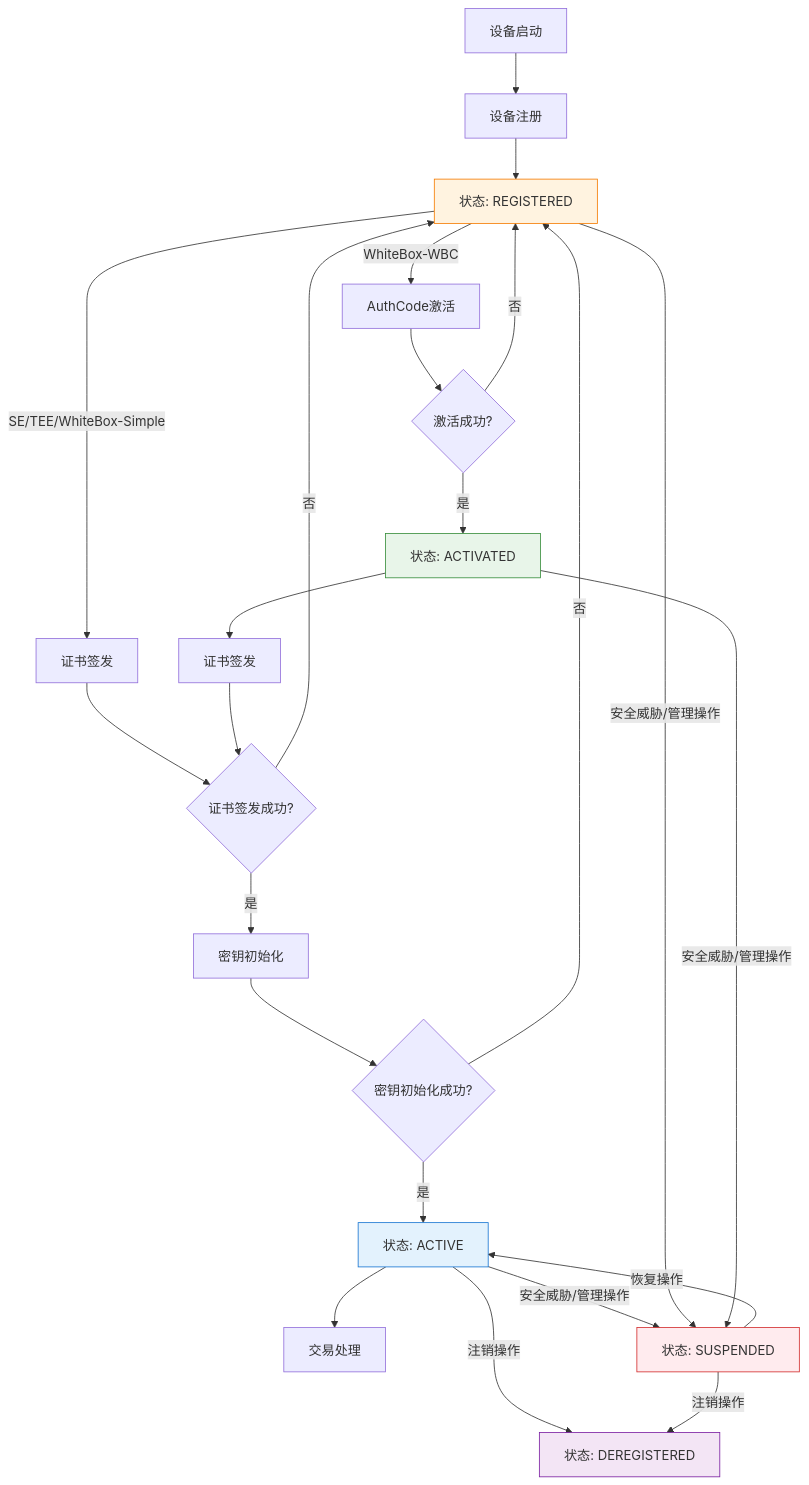
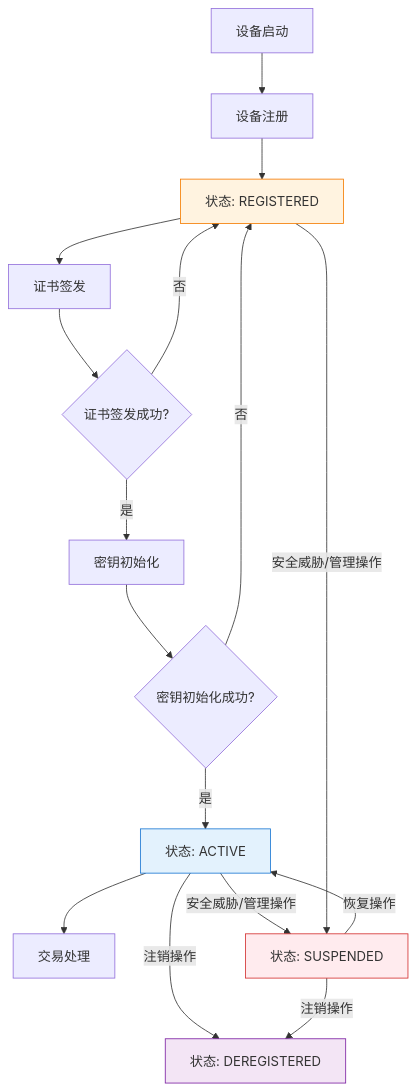
Before and after one commit to kevinwangl/sunbay-softpos-docs: diagram 18 of 21 in solution/MPOC_SDK_API_GUIDE.md, drawn with Mermaid. The commit also changed other lines of this file, not shown here.

````diff
--- a/solution/MPOC_SDK_API_GUIDE.md
+++ b/solution/MPOC_SDK_API_GUIDE.md
@@ -1968,42 +1646,33 @@
 ```mermaid
 flowchart TB
     Start[设备启动] --> Register[设备注册]
     
     Register --> Registered[状态: REGISTERED]
     
-    Registered -->|SE/TEE/WhiteBox-Simple| CertReq[证书签发]
-    Registered -->|WhiteBox-WBC| AuthCode[AuthCode激活]
+    Registered --> CertReq[证书签发]
     
-    AuthCode --> AuthSuccess{激活成功?}
-    AuthSuccess -->|是| Activated[状态: ACTIVATED]
-    AuthSuccess -->|否| Registered
-    
-    Activated --> CertReq2[证书签发]
     CertReq --> CertSuccess{证书签发成功?}
-    CertReq2 --> CertSuccess
     
     CertSuccess -->|是| KeyInit[密钥初始化]
     CertSuccess -->|否| Registered
     
     KeyInit --> KeySuccess{密钥初始化成功?}
     KeySuccess -->|是| Active[状态: ACTIVE]
     KeySuccess -->|否| Registered
     
     Active --> Transaction[交易处理]
     
     %% 异常状态转换
     Active -->|安全威胁/管理操作| Suspended[状态: SUSPENDED]
     Registered -->|安全威胁/管理操作| Suspended
-    Activated -->|安全威胁/管理操作| Suspended
     
     Suspended -->|恢复操作| Active
     
     Active -->|注销操作| Deregistered[状态: DEREGISTERED]
     Suspended -->|注销操作| Deregistered
     
     style Registered fill:#fff3e0,stroke:#f57c00
-    style Activated fill:#e8f5e9,stroke:#388e3c
     style Active fill:#e3f2fd,stroke:#1976d2
     style Suspended fill:#ffebee,stroke:#d32f2f
     style Deregistered fill:#f3e5f5,stroke:#7b1fa2
 ```
````
